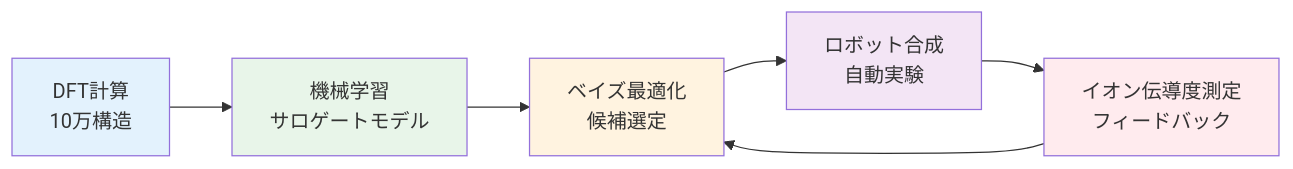
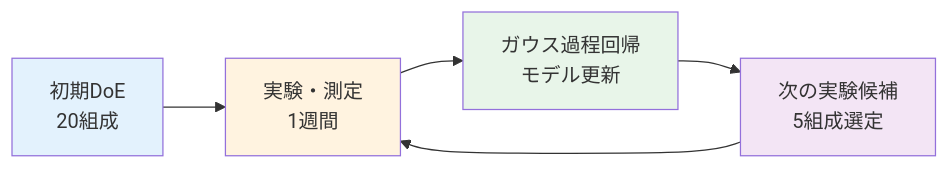
Before and after one commit to YusukeHashimotoLab/AI-Knowledge-Notes: the diagram in knowledge/jp/MI/materials-applications-introduction/chapter-2.md, drawn with Mermaid. The commit also changed other lines of this file and 1223 other files, not shown here.

````diff
--- a/knowledge/jp/MI/materials-applications-introduction/chapter-2.md
+++ b/knowledge/jp/MI/materials-applications-introduction/chapter-2.md
@@ -303,14 +391,12 @@
-<div class="mermaid">
-graph LR
-    A[DFT計算<br>10万構造] --> B[機械学習<br>サロゲートモデル]
-    B --> C[ベイズ最適化<br>候補選定]
-    C --> D[ロボット合成<br>自動実験]
-    D --> E[イオン伝導度測定<br>フィードバック]
-    E --> C
-
-    style A fill:#e3f2fd
-    style B fill:#e8f5e9
-    style C fill:#fff3e0
-    style D fill:#f3e5f5
-    style E fill:#ffebee
-</div>
+         ```mermaid
+         flowchart LR
+                A[初期DoE\n20組成] --> B[実験・測定\n1週間]
+                B --> C[ガウス過程回帰\nモデル更新]
+                C --> D[次の実験候補\n5組成選定]
+                D --> B
+         
+                style A fill:#e3f2fd
+                style B fill:#fff3e0
+                style C fill:#e8f5e9
+                style D fill:#f3e5f5
+            ```
````
